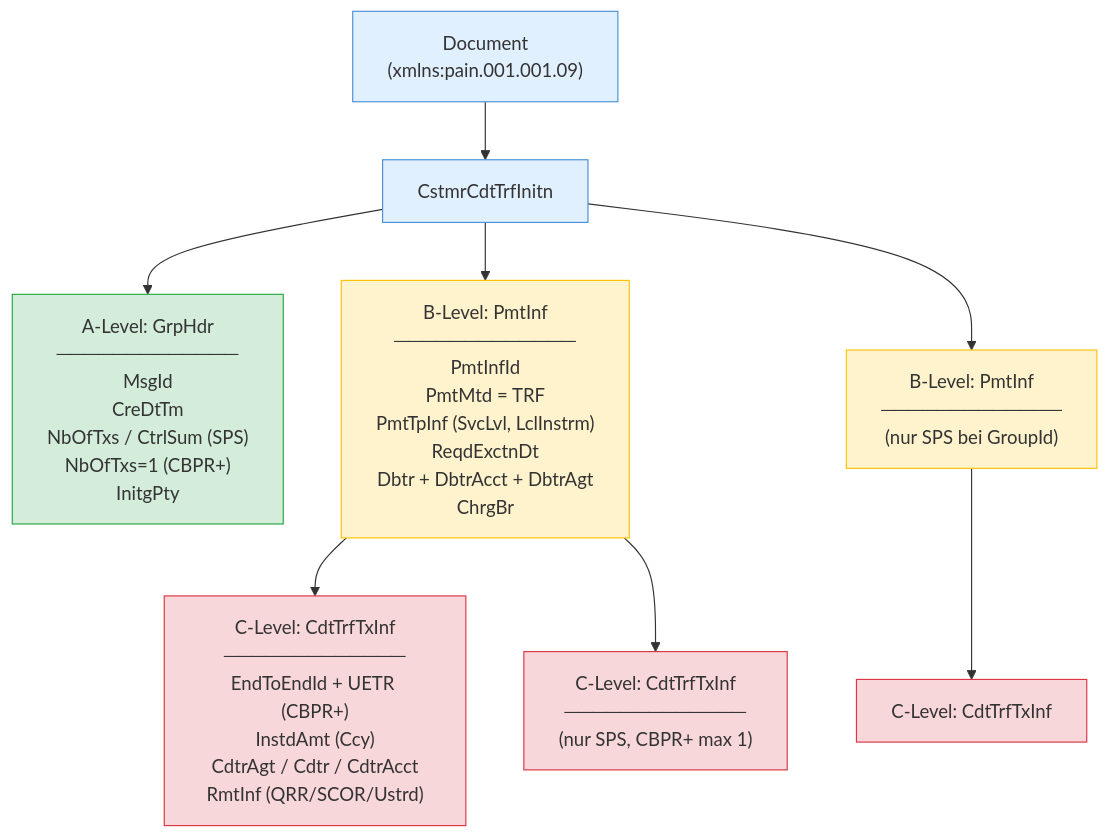
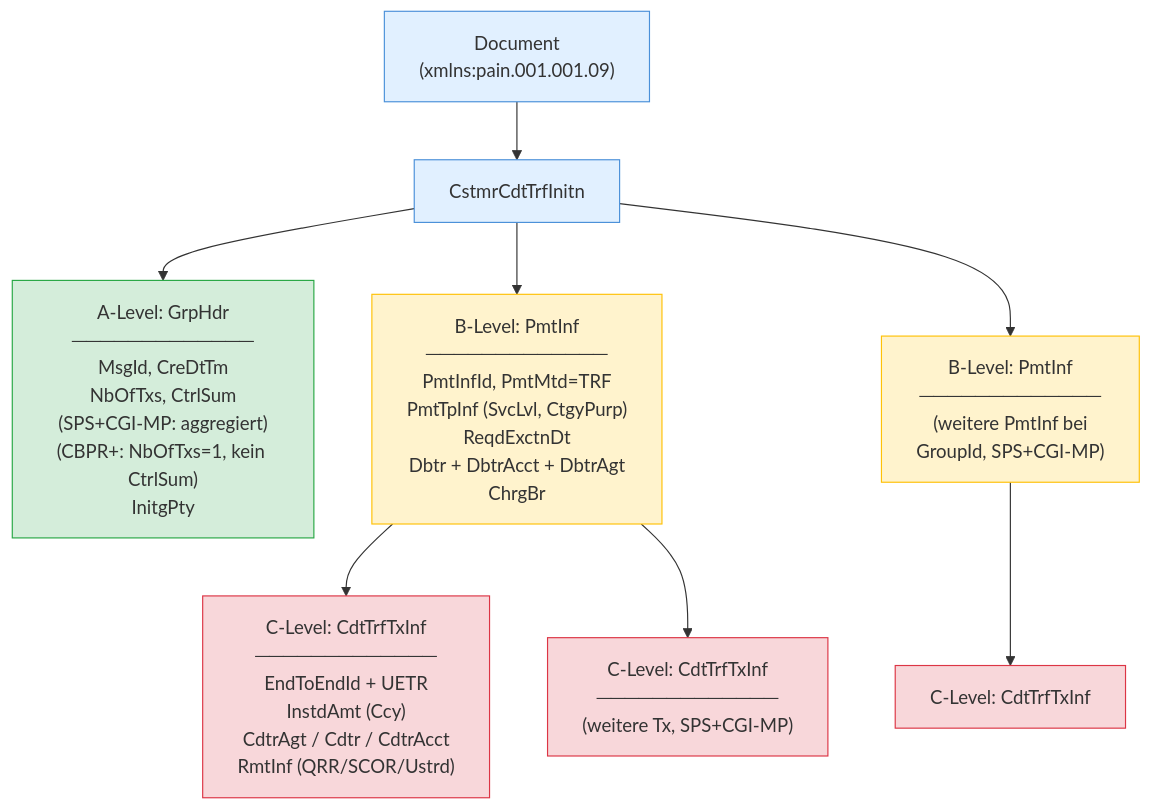
The third of 3 diagrams in README.md (Sebastenhauer/iso20022tester), drawn with Mermaid before and after one commit. The commit also changed other lines of this file, not shown here.

First line of the commit message:
Update README for tri-standard support (SPS + CGI-MP + CBPR+)

````diff
--- a/README.md
+++ b/README.md
@@ -99,19 +103,19 @@
 ```mermaid
 flowchart TD
     Doc["Document\n(xmlns:pain.001.001.09)"] --> Root["CstmrCdtTrfInitn"]
-    Root --> GrpHdr["A-Level: GrpHdr\n─────────────\nMsgId\nCreDtTm\nNbOfTxs / CtrlSum (SPS)\nNbOfTxs=1 (CBPR+)\nInitgPty"]
-    Root --> PmtInf1["B-Level: PmtInf\n─────────────\nPmtInfId\nPmtMtd = TRF\nPmtTpInf (SvcLvl, LclInstrm)\nReqdExctnDt\nDbtr + DbtrAcct + DbtrAgt\nChrgBr"]
-    PmtInf1 --> Tx1["C-Level: CdtTrfTxInf\n─────────────\nEndToEndId + UETR (CBPR+)\nInstdAmt (Ccy)\nCdtrAgt / Cdtr / CdtrAcct\nRmtInf (QRR/SCOR/Ustrd)"]
-    PmtInf1 --> Tx2["C-Level: CdtTrfTxInf\n─────────────\n(nur SPS, CBPR+ max 1)"]
-    Root --> PmtInf2["B-Level: PmtInf\n─────────────\n(nur SPS bei GroupId)"]
+    Root --> GrpHdr["A-Level: GrpHdr\n─────────────\nMsgId, CreDtTm\nNbOfTxs, CtrlSum\n(SPS+CGI-MP: aggregiert)\n(CBPR+: NbOfTxs=1, kein CtrlSum)\nInitgPty"]
+    Root --> PmtInf1["B-Level: PmtInf\n─────────────\nPmtInfId, PmtMtd=TRF\nPmtTpInf (SvcLvl, CtgyPurp)\nReqdExctnDt\nDbtr + DbtrAcct + DbtrAgt\nChrgBr"]
+    PmtInf1 --> Tx1["C-Level: CdtTrfTxInf\n─────────────\nEndToEndId + UETR\nInstdAmt (Ccy)\nCdtrAgt / Cdtr / CdtrAcct\nRmtInf (QRR/SCOR/Ustrd)"]
+    PmtInf1 --> Tx2["C-Level: CdtTrfTxInf\n─────────────\n(weitere Tx, SPS+CGI-MP)"]
+    Root --> PmtInf2["B-Level: PmtInf\n─────────────\n(weitere PmtInf bei\nGroupId, SPS+CGI-MP)"]
     PmtInf2 --> Tx3["C-Level: CdtTrfTxInf"]
 
     style Doc fill:#e1f0ff,stroke:#4a90d9
     style Root fill:#e1f0ff,stroke:#4a90d9
     style GrpHdr fill:#d4edda,stroke:#28a745
     style PmtInf1 fill:#fff3cd,stroke:#ffc107
     style PmtInf2 fill:#fff3cd,stroke:#ffc107
     style Tx1 fill:#f8d7da,stroke:#dc3545
     style Tx2 fill:#f8d7da,stroke:#dc3545
     style Tx3 fill:#f8d7da,stroke:#dc3545
 ```
````
